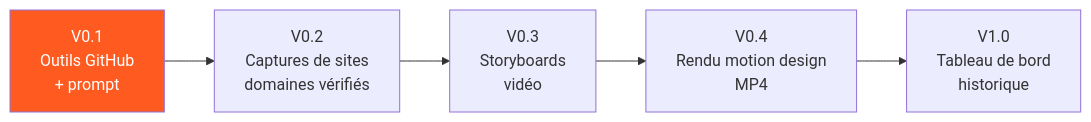
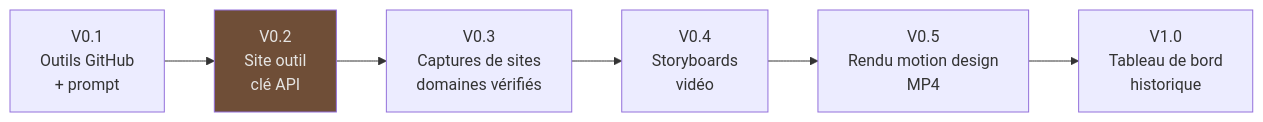
Before and after one commit to Souf-F/weekli: the diagram in docs/roadmap.md, drawn with Mermaid. The commit also changed other lines of this file and 117 other files, not shown here.

First line of the commit message:
Monorepo : mode Claude (MCP) et mode site (cle API)

````diff
--- a/docs/roadmap.md
+++ b/docs/roadmap.md
@@ -3,9 +3,10 @@
 ```mermaid
 flowchart LR
-    V1[V0.1<br/>Outils GitHub<br/>+ prompt] --> V2[V0.2<br/>Captures de sites<br/>domaines vérifiés]
-    V2 --> V3[V0.3<br/>Storyboards<br/>vidéo]
-    V3 --> V4[V0.4<br/>Rendu motion design<br/>MP4]
+    V1[V0.1<br/>Outils GitHub<br/>+ prompt] --> V15[V0.2<br/>Site outil<br/>clé API]
+    V15 --> V2[V0.3<br/>Captures de sites<br/>domaines vérifiés]
+    V2 --> V3[V0.4<br/>Storyboards<br/>vidéo]
+    V3 --> V4[V0.5<br/>Rendu motion design<br/>MP4]
     V4 --> V5[V1.0<br/>Tableau de bord<br/>historique]
 
-    style V1 fill:#ff5a1f,color:#fff
+    style V15 fill:#6f4e37,color:#e5e4e2
 ```
````
